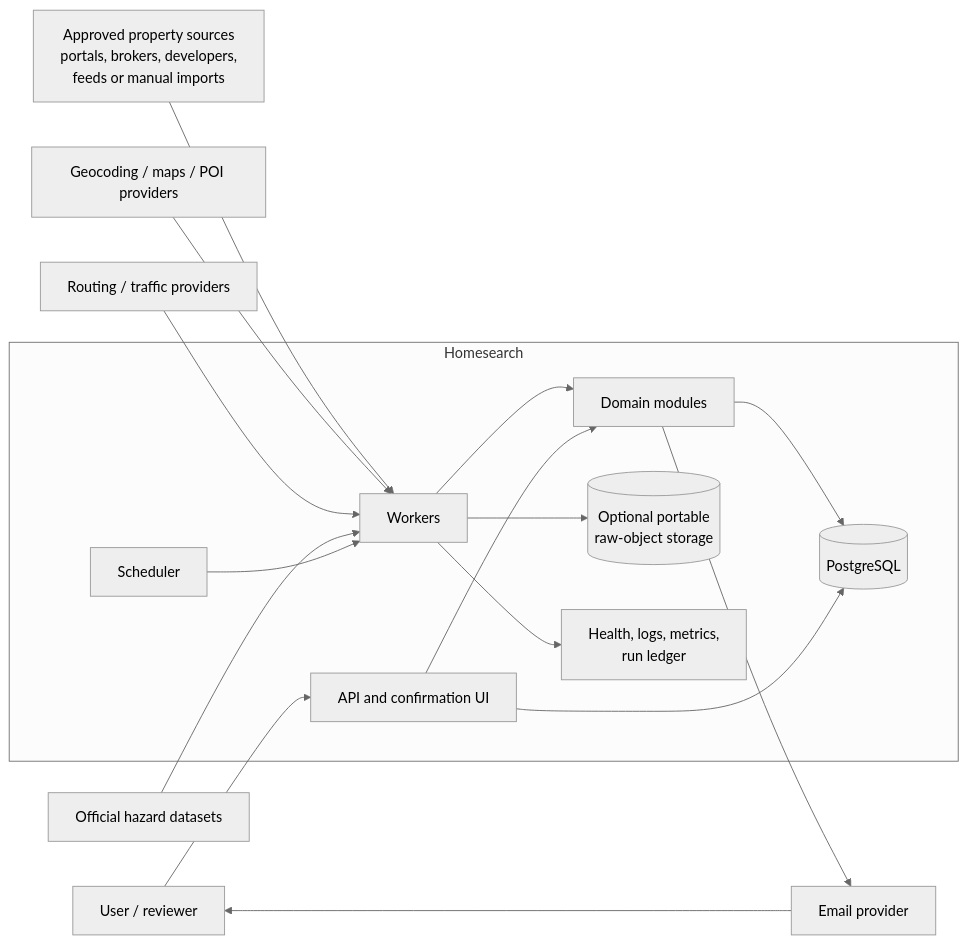
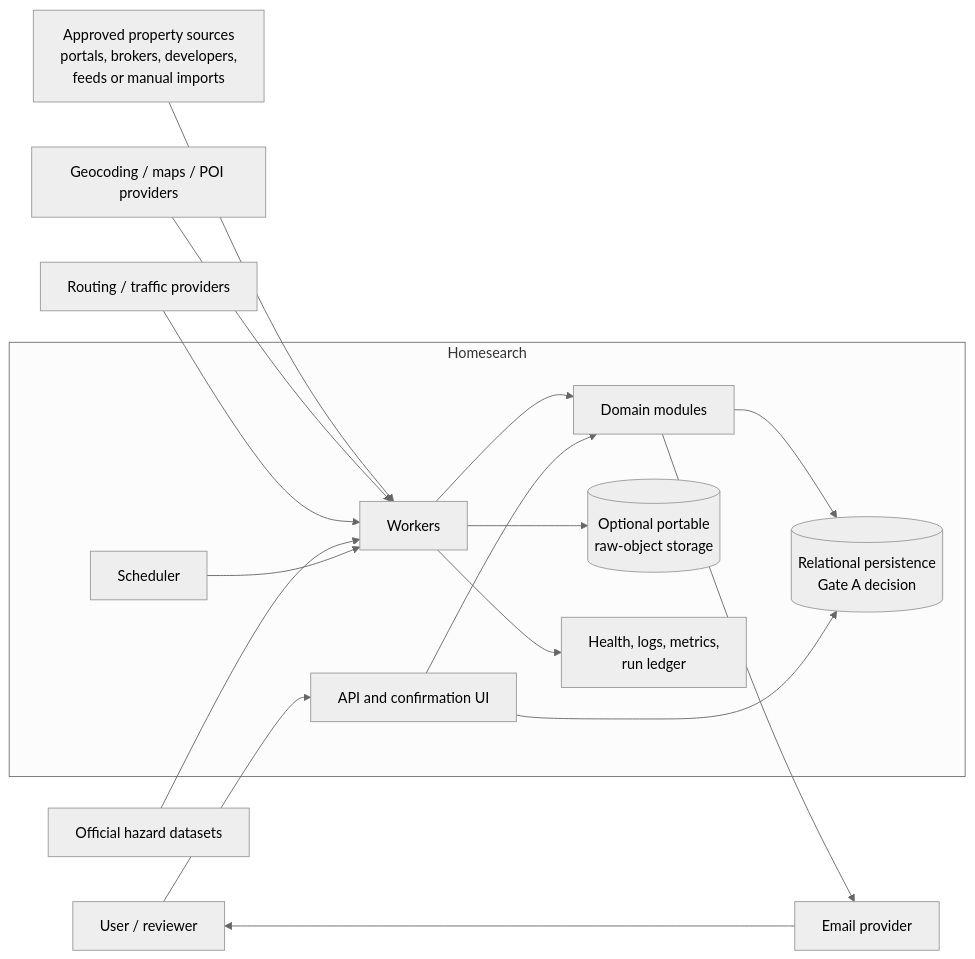
One commit to Bacchiyt/homesearch changed the diagram in docs/architecture.md. Above: the diagram before and after it, drawn with Mermaid (neutral theme). The commit also changed other lines of this file and 19 other files, not shown here.

````diff
--- a/docs/architecture.md
+++ b/docs/architecture.md
@@ -38,34 +42,34 @@
 ```mermaid
 flowchart LR
     User["User / reviewer"]
     Sources["Approved property sources<br/>portals, brokers, developers,<br/>feeds or manual imports"]
     Geo["Geocoding / maps / POI providers"]
     Route["Routing / traffic providers"]
     Hazard["Official hazard datasets"]
     Mail["Email provider"]
 
     subgraph HS["Homesearch"]
         API["API and confirmation UI"]
         Scheduler["Scheduler"]
         Workers["Workers"]
         Domain["Domain modules"]
-        DB[("PostgreSQL")]
+        DB[("Relational persistence<br/>Gate A decision")]
         Blob[("Optional portable<br/>raw-object storage")]
         Ops["Health, logs, metrics,<br/>run ledger"]
     end
 
     Sources --> Workers
     Geo --> Workers
     Route --> Workers
     Hazard --> Workers
     Scheduler --> Workers
     Workers --> Domain
     Domain --> DB
     Workers --> Blob
     Workers --> Ops
     Domain --> Mail
     Mail --> User
     User --> API
     API --> Domain
     API --> DB
 ```
````
